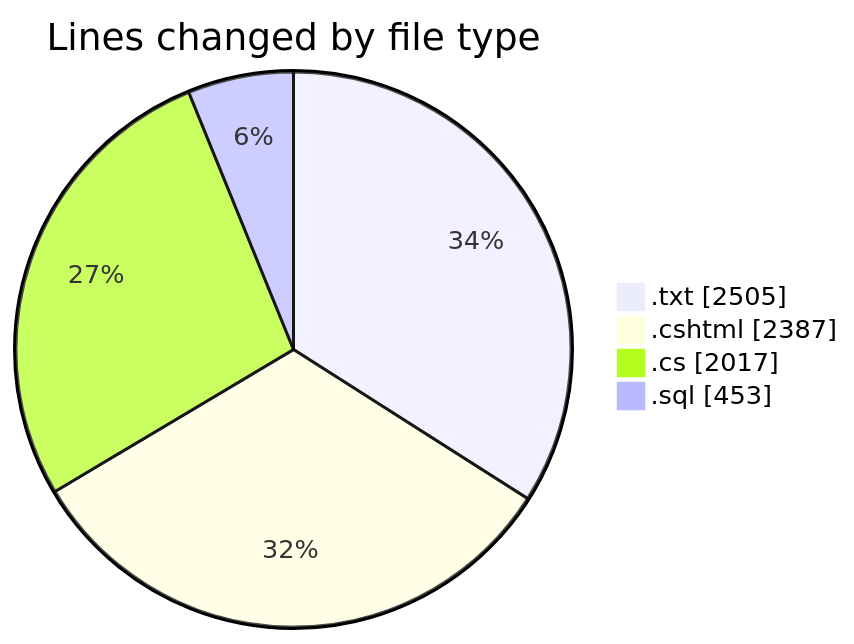
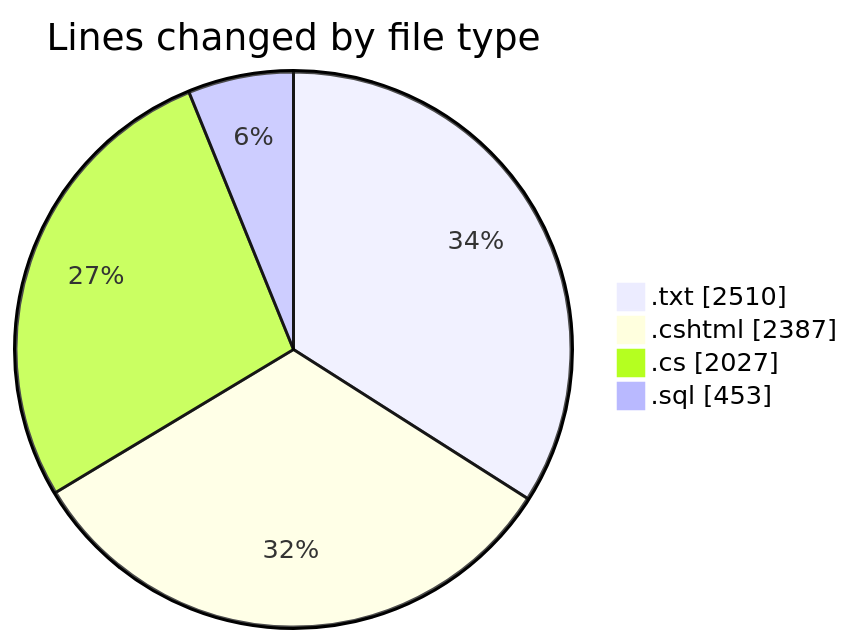
One commit to lephambinh05/code-tracking changed the first of 2 diagrams in 2025-07-25/quanlyrapchieuphim-1/README.md. Above: the diagram before and after it, drawn with Mermaid. The commit also changed other lines of this file and 1 other file, not shown here.

````diff
--- a/2025-07-25/quanlyrapchieuphim-1/README.md
+++ b/2025-07-25/quanlyrapchieuphim-1/README.md
@@ -39,8 +39,8 @@
 ```mermaid
 pie showData
 title Lines changed by file type
-".txt" : 2505
+".txt" : 2510
 ".cshtml" : 2387
-".cs" : 2017
+".cs" : 2027
 ".sql" : 453
 ```
````
